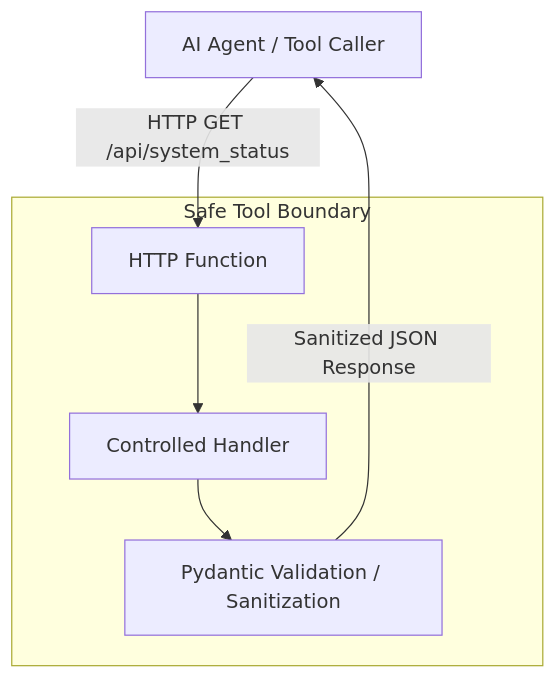
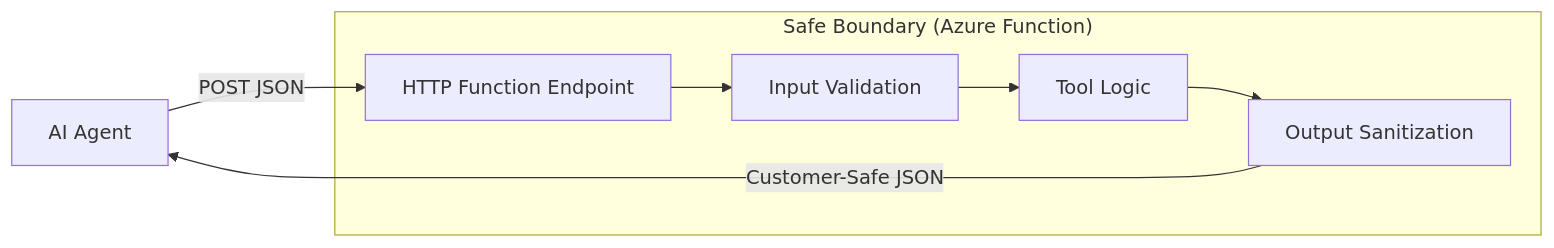
The diagram in building-blocks/functions/agent-tool-http-function/README.md (wildersa/azure_ref_kit), drawn with Mermaid before and after one commit. The commit also changed other lines of this file and 14 other files, not shown here.

First line of the commit message:
Implement controlled read-only HTTP Function tool boundary (#218)

````diff
--- a/building-blocks/functions/agent-tool-http-function/README.md
+++ b/building-blocks/functions/agent-tool-http-function/README.md
@@ -11,9 +9,10 @@
 ```mermaid
-flowchart TD
-    Caller[AI Agent / Tool Caller] -->|HTTP GET /api/system_status| Func[HTTP Function]
-    subgraph "Safe Tool Boundary"
-        Func --> Handler[Controlled Handler]
-        Handler --> Sanitize[Pydantic Validation / Sanitization]
+flowchart LR
+    Agent[AI Agent] -->|POST JSON| Function[HTTP Function Endpoint]
+    subgraph "Safe Boundary (Azure Function)"
+        Function --> Validation[Input Validation]
+        Validation --> Logic[Tool Logic]
+        Logic --> Redaction[Output Sanitization]
     end
-    Sanitize -->|Sanitized JSON Response| Caller
+    Redaction -->|Customer-Safe JSON| Agent
 ```
````
